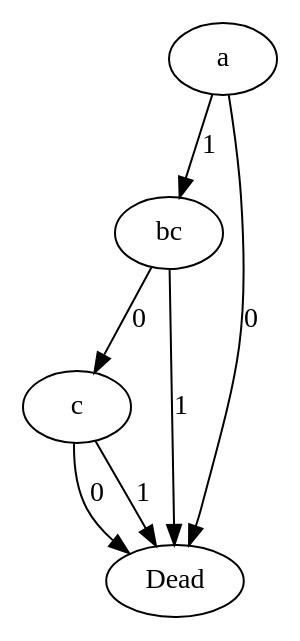
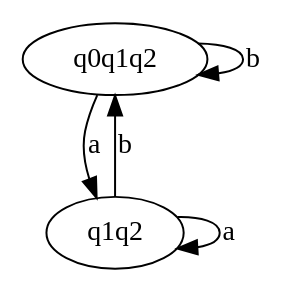
Before and after one commit to ZiadKasem/AutomataProject: the diagram in DFA/Digraph.gv, drawn with Graphviz. The commit also changed 6 other files, not shown here.

```diff
--- a/DFA/Digraph.gv
+++ b/DFA/Digraph.gv
@@ -1,9 +1,7 @@
 // DFAgraph
 digraph {
-	a -> bc [label=1]
-	c -> Dead [label=0]
-	c -> Dead [label=1]
-	a -> Dead [label=0]
-	bc -> c [label=0]
-	bc -> Dead [label=1]
+	q0q1q2 -> q0q1q2 [label=b]
+	q0q1q2 -> q1q2 [label=a]
+	q1q2 -> q0q1q2 [label=b]
+	q1q2 -> q1q2 [label=a]
 }
```
